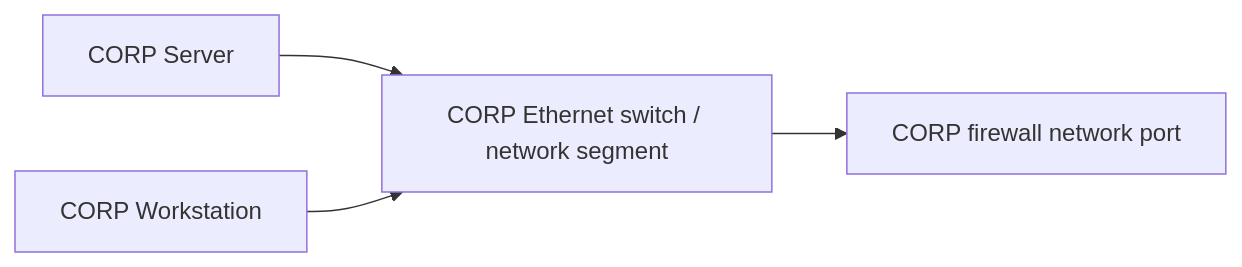
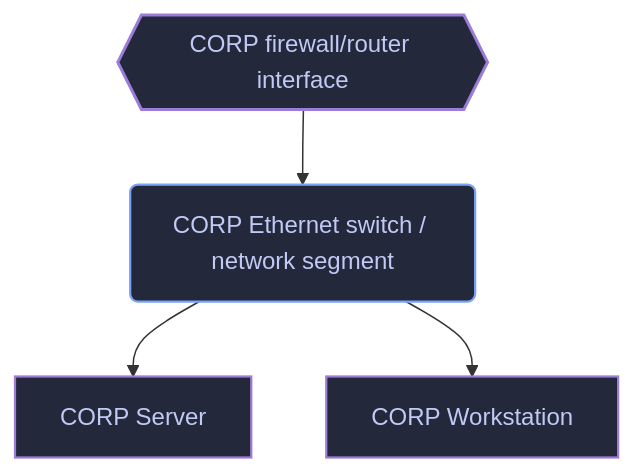
One commit to johncraigcastillo/portfolio changed the second of 4 diagrams in content/Projects/Mystery Inc Enterprise Lab/03 - Removing the Existing CORP Network Configuration.md. Above: the diagram before and after it, drawn with Mermaid. The commit also changed other lines of this file and 6 other files, not shown here.

Commit message:
03 - Removing the Existing CORP Network Configuration complete

````diff
--- a/content/Projects/Mystery Inc Enterprise Lab/03 - Removing the Existing CORP Network Configuration.md
+++ b/content/Projects/Mystery Inc Enterprise Lab/03 - Removing the Existing CORP Network Configuration.md
@@ -187,12 +199,19 @@
 ```mermaid
-flowchart LR
+flowchart TB
 
+PORT{{"CORP firewall/router interface"}}
+SWITCH("CORP Ethernet switch / network segment")
 SERVER["CORP Server"]
 PC["CORP Workstation"]
-SWITCH["CORP Ethernet switch / network segment"]
-PORT["CORP firewall network port"]
+PORT --> SWITCH
+SWITCH --> SERVER
+SWITCH --> PC
 
-SERVER --> SWITCH
-PC --> SWITCH
-SWITCH --> PORT
+classDef firewall fill:#24283b,stroke:#9d7cd8,color:#c0caf5,stroke-width:2px;
+classDef network fill:#24283b,stroke:#7aa2f7,color:#c0caf5,stroke-width:1.5px;
+classDef endpoint fill:#24283b,stroke:#9d7cd8,color:#c0caf5,stroke-width:1.5px;
+
+class PORT firewall;
+class SWITCH network;
+class SERVER,PC endpoint;
 ```
````
